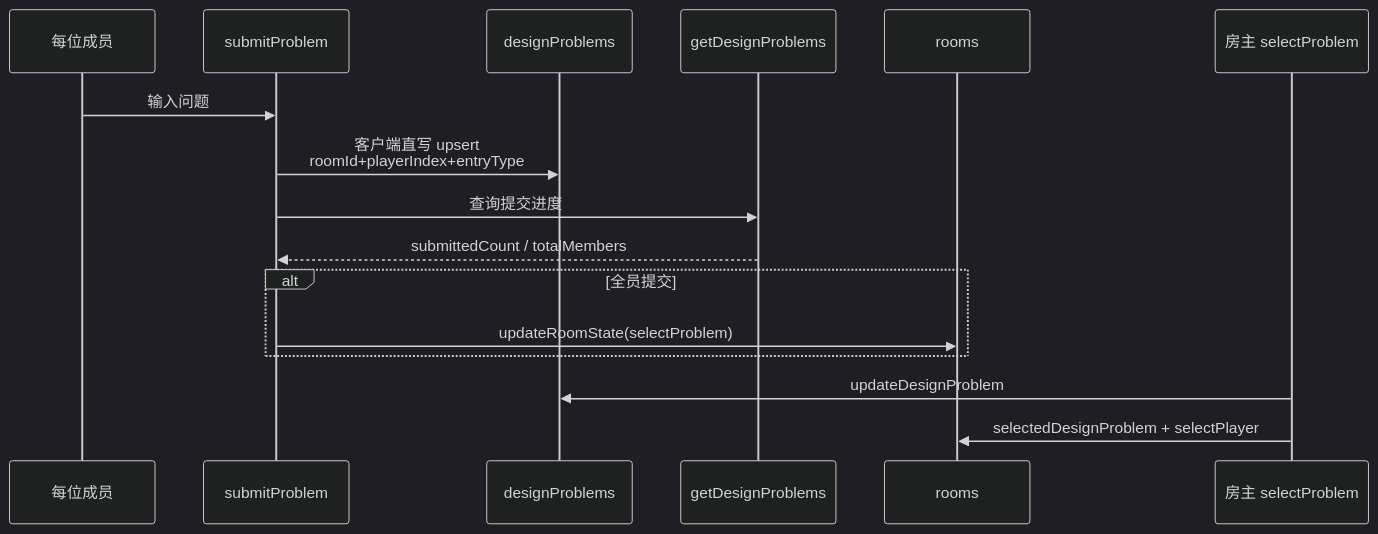
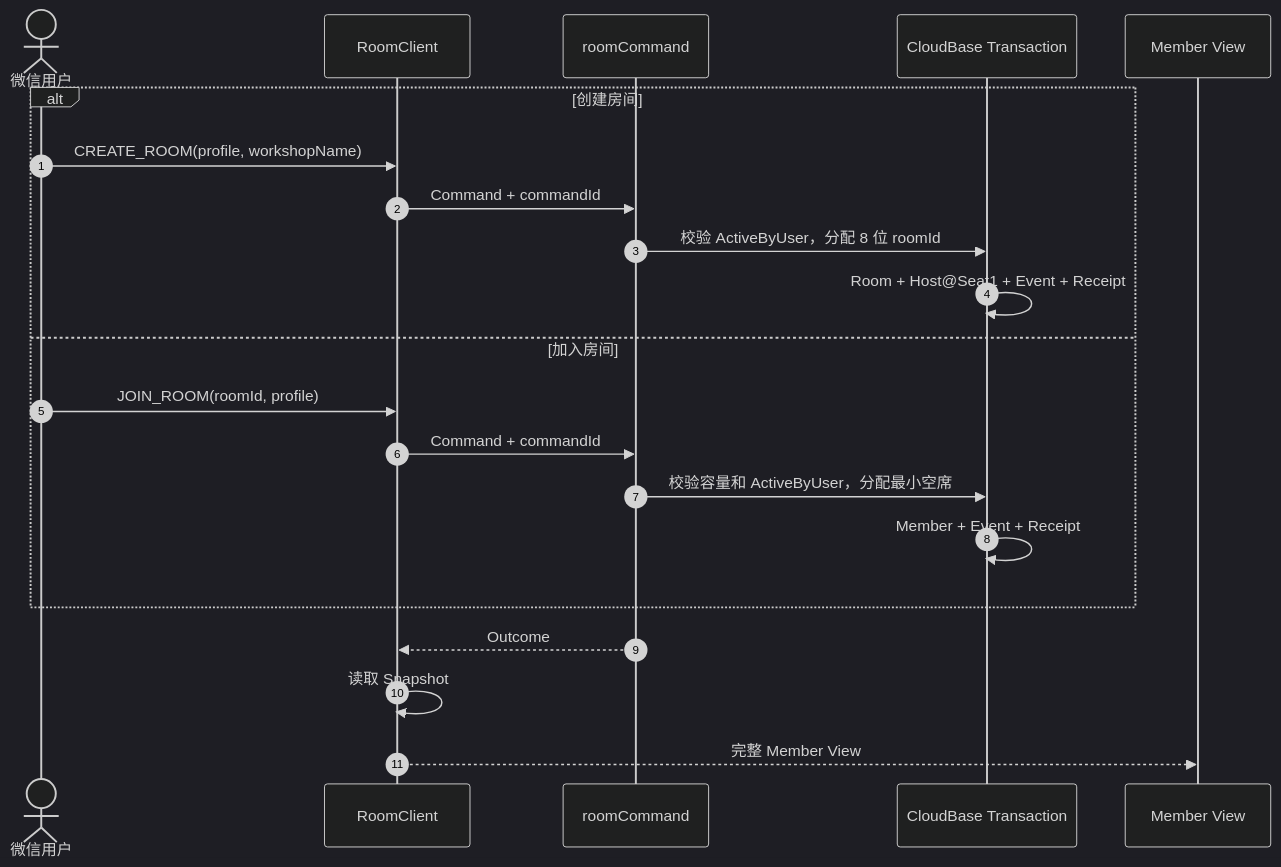
One commit to Bubble-419/cardboard-miniprogram changed the second of 14 diagrams in docs/ROOM_BUSINESS_FLOWS.md. Above: the diagram before and after it, drawn with Mermaid (dark theme). The commit also changed other lines of this file and 26 other files, not shown here.

Commit message:
docs: consolidate active room protocol v3 documentation

````diff
--- a/docs/ROOM_BUSINESS_FLOWS.md
+++ b/docs/ROOM_BUSINESS_FLOWS.md
@@ -153,19 +30,24 @@
 ```mermaid
 sequenceDiagram
-  participant P as 每位成员
-  participant Page as submitProblem
-  participant D as designProblems
-  participant Q as getDesignProblems
-  participant R as rooms
-  participant H as 房主 selectProblem
+  autonumber
+  actor U as 微信用户
+  participant C as RoomClient
+  participant F as roomCommand
+  participant T as CloudBase Transaction
+  participant V as Member View
 
-  P->>Page: 输入问题
-  Page->>D: 客户端直写 upsert<br/>roomId+playerIndex+entryType
-  Page->>Q: 查询提交进度
-  Q-->>Page: submittedCount / totalMembers
-  alt 全员提交
-    Page->>R: updateRoomState(selectProblem)
+  alt 创建房间
+    U->>C: CREATE_ROOM(profile, workshopName)
+    C->>F: Command + commandId
+    F->>T: 校验 ActiveByUser，分配 8 位 roomId
+    T->>T: Room + Host@Seat1 + Event + Receipt
+  else 加入房间
+    U->>C: JOIN_ROOM(roomId, profile)
+    C->>F: Command + commandId
+    F->>T: 校验容量和 ActiveByUser，分配最小空席
+    T->>T: Member + Event + Receipt
   end
-  H->>D: updateDesignProblem
-  H->>R: selectedDesignProblem + selectPlayer
+  F-->>C: Outcome
+  C->>C: 读取 Snapshot
+  C-->>V: 完整 Member View
 ```
````
